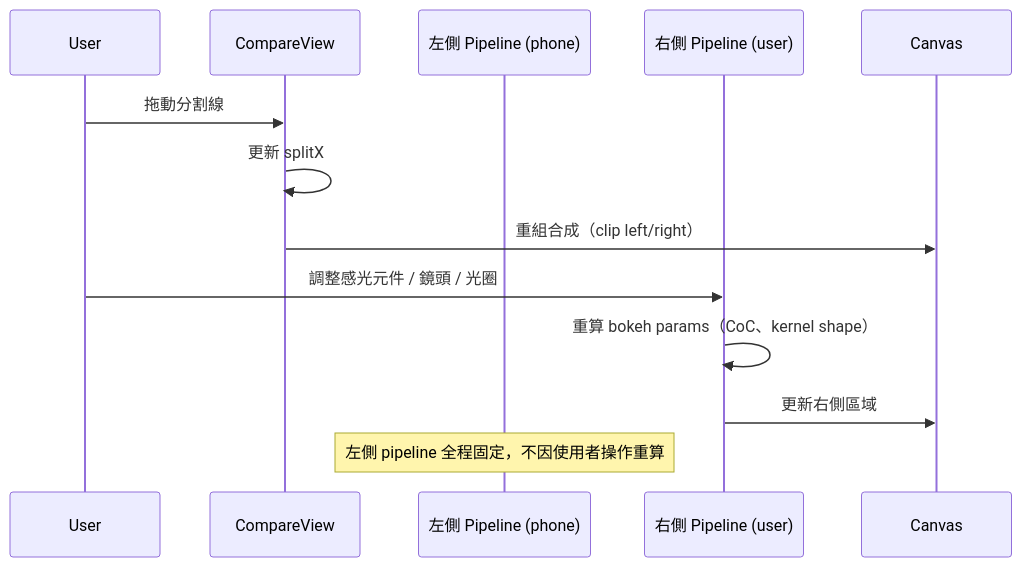
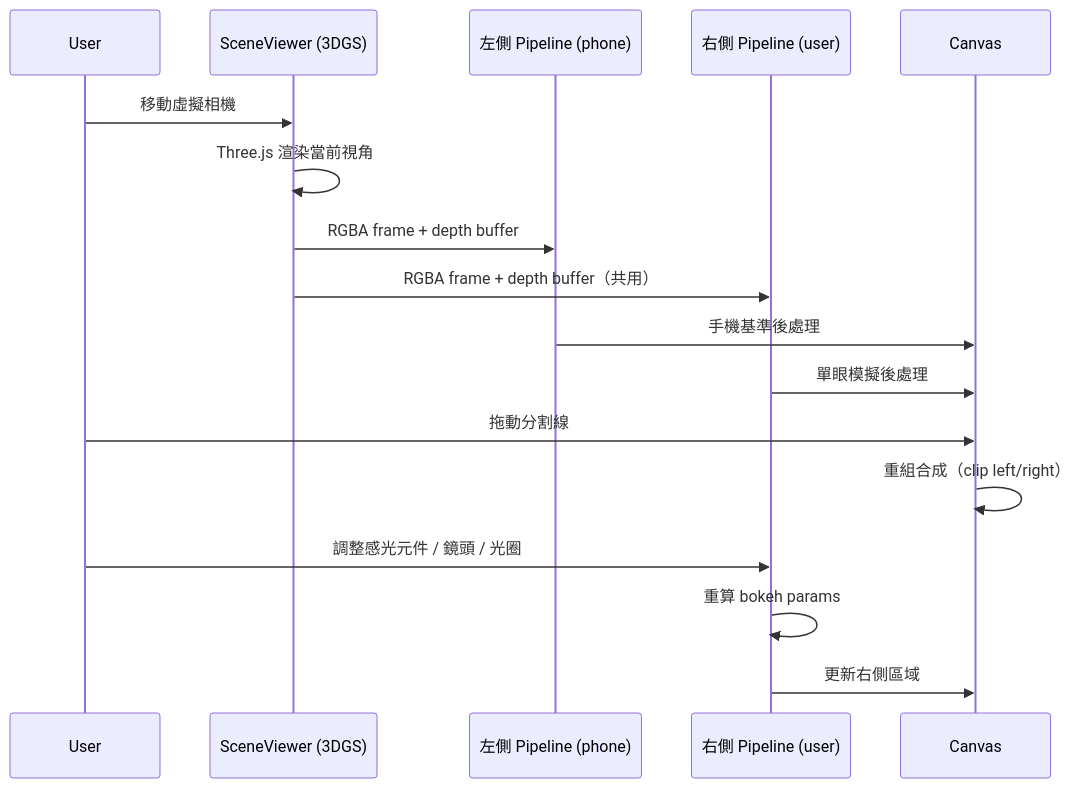
The third of 3 diagrams in docs/spec.md (SoWiEee/Immersive-Camera-Simulator), drawn with Mermaid before and after one commit. The commit also changed other lines of this file and 4 other files, not shown here.

````diff
--- a/docs/spec.md
+++ b/docs/spec.md
@@ -240,18 +223,23 @@
 ```mermaid
 sequenceDiagram
   participant User
-  participant CV as CompareView
+  participant Scene as SceneViewer (3DGS)
   participant LP as 左側 Pipeline (phone)
   participant RP as 右側 Pipeline (user)
   participant Canvas
 
-  User->>CV: 拖動分割線
-  CV->>CV: 更新 splitX
-  CV->>Canvas: 重組合成（clip left/right）
+  User->>Scene: 移動虛擬相機
+  Scene->>Scene: Three.js 渲染當前視角
+  Scene->>LP: RGBA frame + depth buffer
+  Scene->>RP: RGBA frame + depth buffer（共用）
+
+  LP->>Canvas: 手機基準後處理
+  RP->>Canvas: 單眼模擬後處理
+
+  User->>Canvas: 拖動分割線
+  Canvas->>Canvas: 重組合成（clip left/right）
 
   User->>RP: 調整感光元件 / 鏡頭 / 光圈
-  RP->>RP: 重算 bokeh params（CoC、kernel shape）
+  RP->>RP: 重算 bokeh params
   RP->>Canvas: 更新右側區域
-
-  Note over LP: 左側 pipeline 全程固定，不因使用者操作重算
 ```
````
